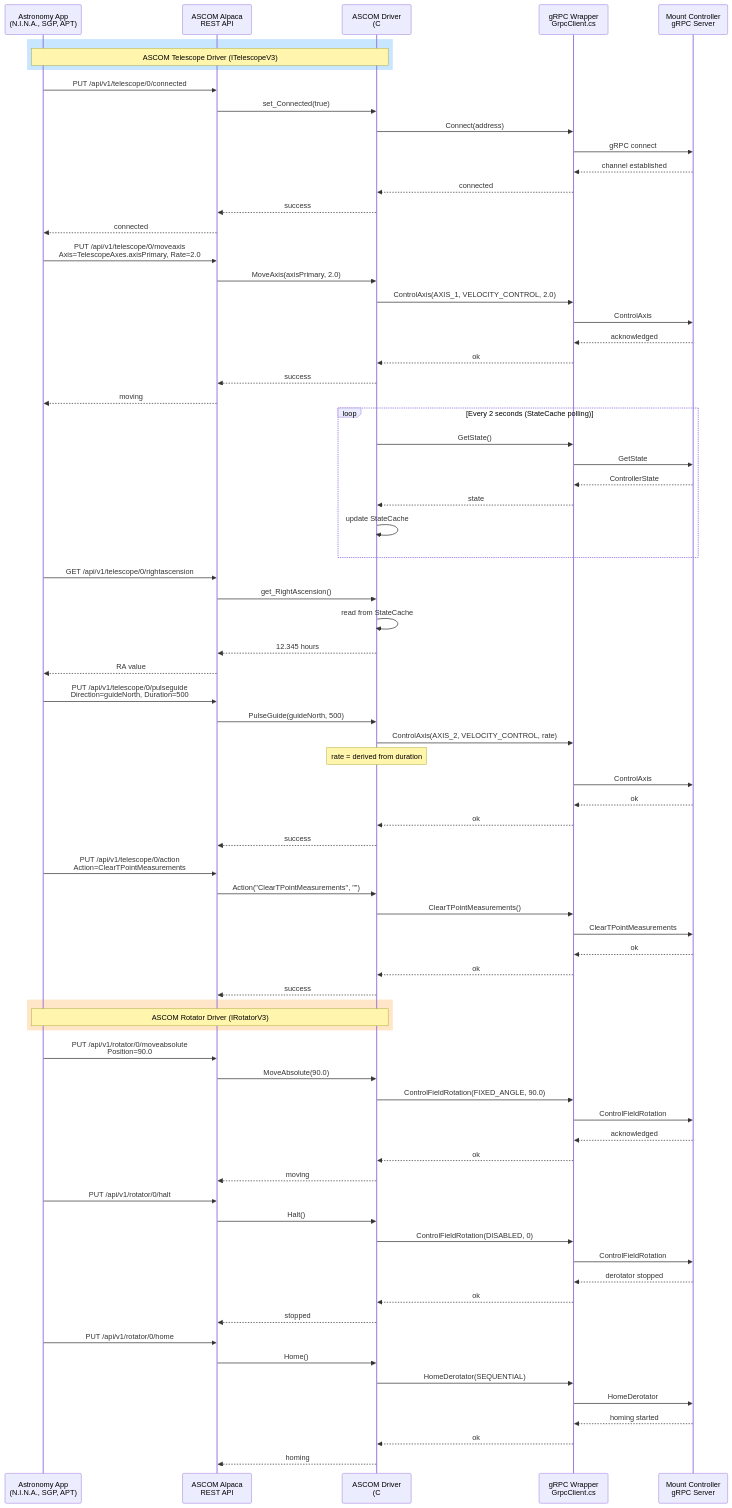
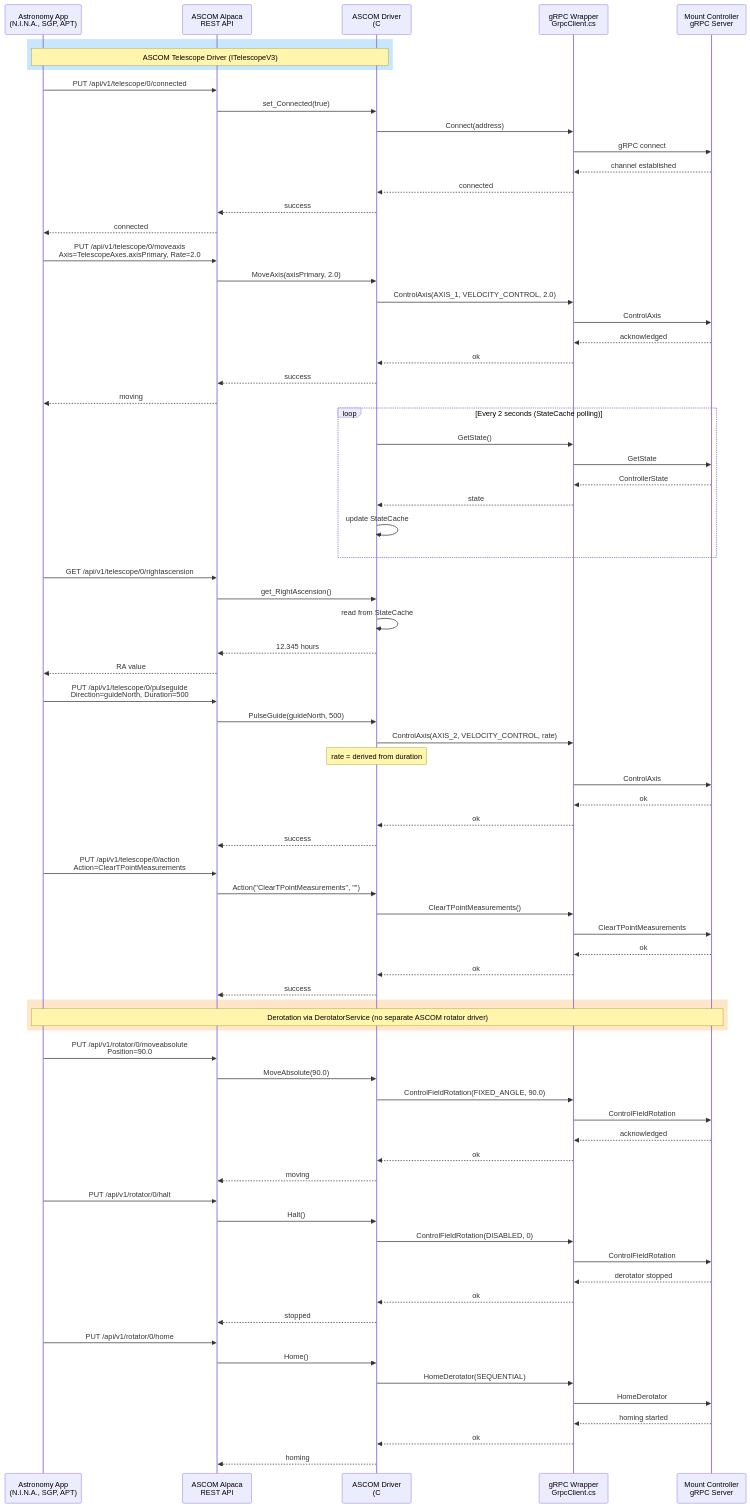
Diagram 12 of 14 in docs/en/data_flow.md (pielaszkiewicz-jacek/astro_mount_control), drawn with Mermaid before and after one commit. The commit also changed other lines of this file and 12 other files, not shown here.

```diff
--- a/docs/en/data_flow.md
+++ b/docs/en/data_flow.md
@@ -665,7 +665,7 @@
     Driver-->>Alpaca: success
 
     rect rgb(255, 230, 200)
-        Note over App,Driver: ASCOM Rotator Driver (IRotatorV3)
+        Note over App,Server: Derotation via DerotatorService (no separate ASCOM rotator driver)
     end
 
     App->>Alpaca: PUT /api/v1/rotator/0/moveabsolute<br/>Position=90.0
```
